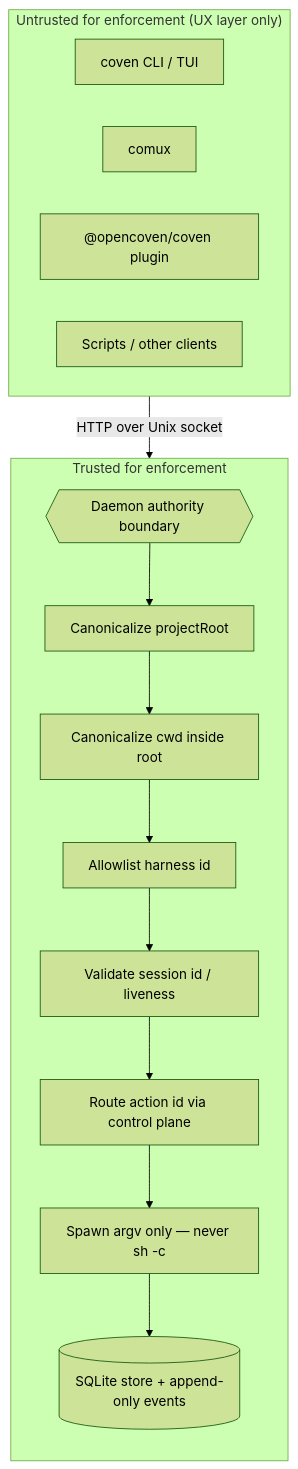
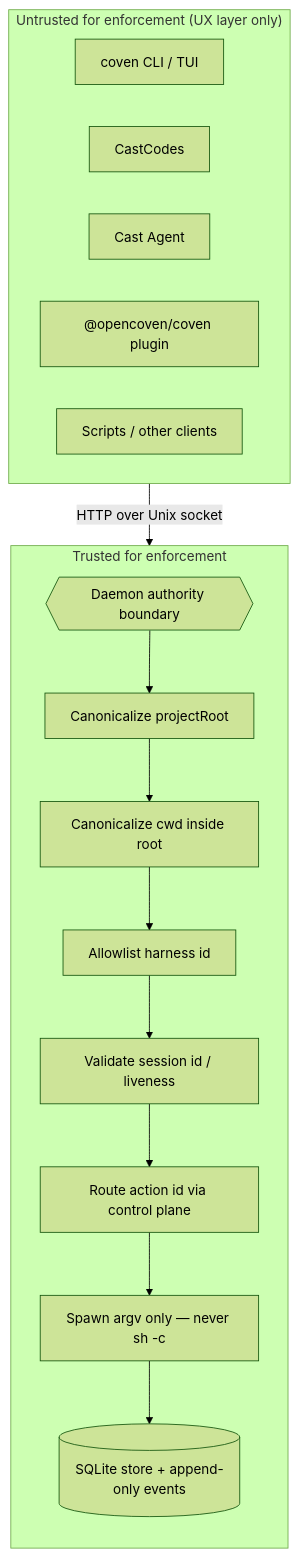
Before and after one commit to OpenCoven/coven-docs: the diagram in content/docs/reference/safety.mdx, drawn with Mermaid (forest theme). The commit also changed other lines of this file and 19 other files, not shown here.

Commit message:
docs: align docs around CastCodes architecture

````diff
--- a/content/docs/reference/safety.mdx
+++ b/content/docs/reference/safety.mdx
@@ -44,23 +45,24 @@
 ```mermaid
 flowchart TB
   subgraph UntrustedZone["Untrusted for enforcement (UX layer only)"]
     direction LR
     CLI[coven CLI / TUI]
-    Comux[comux]
+    CastCodes[CastCodes]
+    CastAgent[Cast Agent]
     Plugin["@opencoven/coven plugin"]
     Scripts[Scripts / other clients]
   end
 
   UntrustedZone -->|HTTP over Unix socket| Boundary{{Daemon authority boundary}}
 
   subgraph TrustedZone["Trusted for enforcement"]
     direction TB
     Boundary --> ValidateRoot[Canonicalize projectRoot]
     ValidateRoot --> ValidateCwd[Canonicalize cwd inside root]
     ValidateCwd --> AllowHarness[Allowlist harness id]
     AllowHarness --> ValidateSession[Validate session id / liveness]
     ValidateSession --> RouteAction[Route action id via control plane]
     RouteAction --> Spawn[Spawn argv only — never sh -c]
     Spawn --> Store[(SQLite store + append-only events)]
   end
 ```
````
